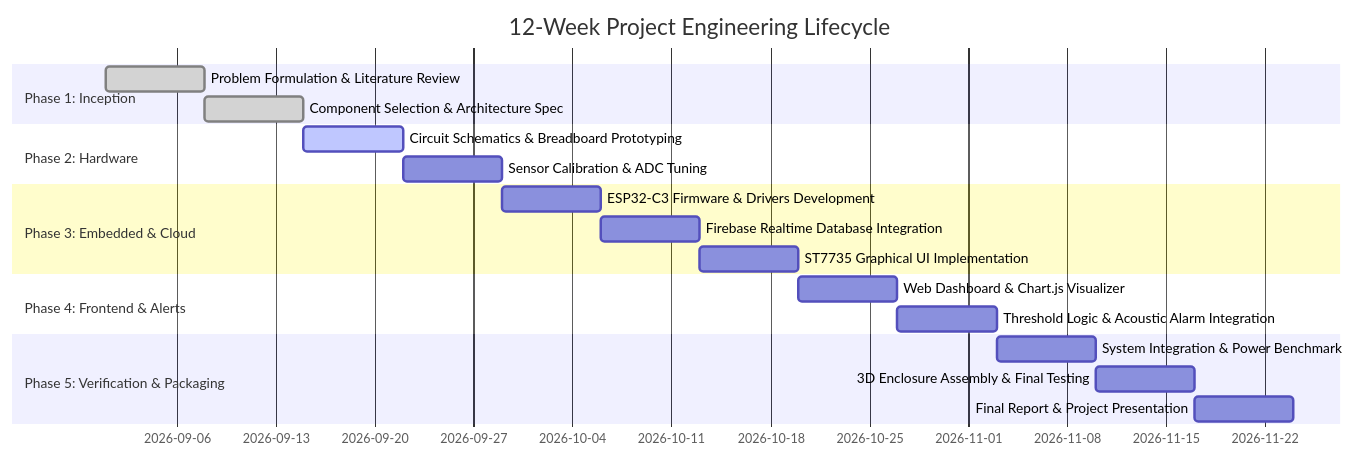
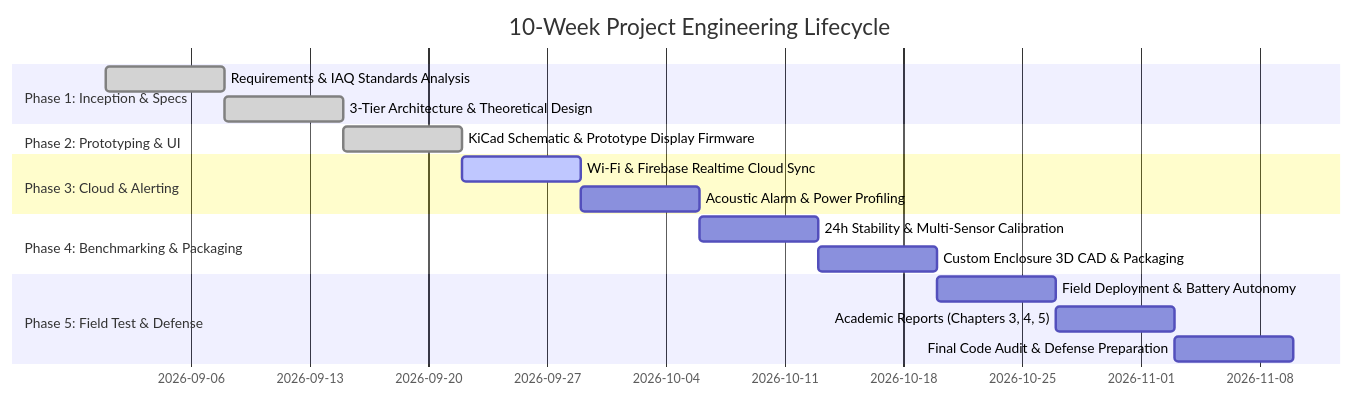
Before and after one commit to DienKiku/Indoor-Air-Quality-Project: the diagram in docs/roadmap/timeline_and_milestones.md, drawn with Mermaid. The commit also changed other lines of this file and 2 other files, not shown here.

Commit message:
refactor(roadmap): align progress tracker with realistic 10-week lifecycle and standardize academic English

````diff
--- a/docs/roadmap/timeline_and_milestones.md
+++ b/docs/roadmap/timeline_and_milestones.md
@@ -7,22 +7,20 @@
 ```mermaid
 gantt
-    title 12-Week Project Engineering Lifecycle
+    title 10-Week Project Engineering Lifecycle
     dateFormat  YYYY-MM-DD
-    section Phase 1: Inception
-    Problem Formulation & Literature Review :done, p1_1, 2026-09-01, 7d
-    Component Selection & Architecture Spec :done, p1_2, 2026-09-08, 7d
-    section Phase 2: Hardware
-    Circuit Schematics & Breadboard Prototyping :active, p2_1, 2026-09-15, 7d
-    Sensor Calibration & ADC Tuning :p2_2, 2026-09-22, 7d
-    section Phase 3: Embedded & Cloud
-    ESP32-C3 Firmware & Drivers Development :p3_1, 2026-09-29, 7d
-    Firebase Realtime Database Integration :p3_2, 2026-10-06, 7d
-    ST7735 Graphical UI Implementation :p3_3, 2026-10-13, 7d
-    section Phase 4: Frontend & Alerts
-    Web Dashboard & Chart.js Visualizer :p4_1, 2026-10-20, 7d
-    Threshold Logic & Acoustic Alarm Integration :p4_2, 2026-10-27, 7d
-    section Phase 5: Verification & Packaging
-    System Integration & Power Benchmark :p5_1, 2026-11-03, 7d
-    3D Enclosure Assembly & Final Testing :p5_2, 2026-11-10, 7d
-    Final Report & Project Presentation :p5_3, 2026-11-17, 7d
+    section Phase 1: Inception & Specs
+    Requirements & IAQ Standards Analysis :done, p1_1, 2026-09-01, 7d
+    3-Tier Architecture & Theoretical Design :done, p1_2, 2026-09-08, 7d
+    section Phase 2: Prototyping & UI
+    KiCad Schematic & Prototype Display Firmware :done, p2_1, 2026-09-15, 7d
+    section Phase 3: Cloud & Alerting
+    Wi-Fi & Firebase Realtime Cloud Sync :active, p3_1, 2026-09-22, 7d
+    Acoustic Alarm & Power Profiling :p3_2, 2026-09-29, 7d
+    section Phase 4: Benchmarking & Packaging
+    24h Stability & Multi-Sensor Calibration :p4_1, 2026-10-06, 7d
+    Custom Enclosure 3D CAD & Packaging :p4_2, 2026-10-13, 7d
+    section Phase 5: Field Test & Defense
+    Field Deployment & Battery Autonomy :p5_1, 2026-10-20, 7d
+    Academic Reports (Chapters 3, 4, 5) :p5_2, 2026-10-27, 7d
+    Final Code Audit & Defense Preparation :p5_3, 2026-11-03, 7d
 ```
````
